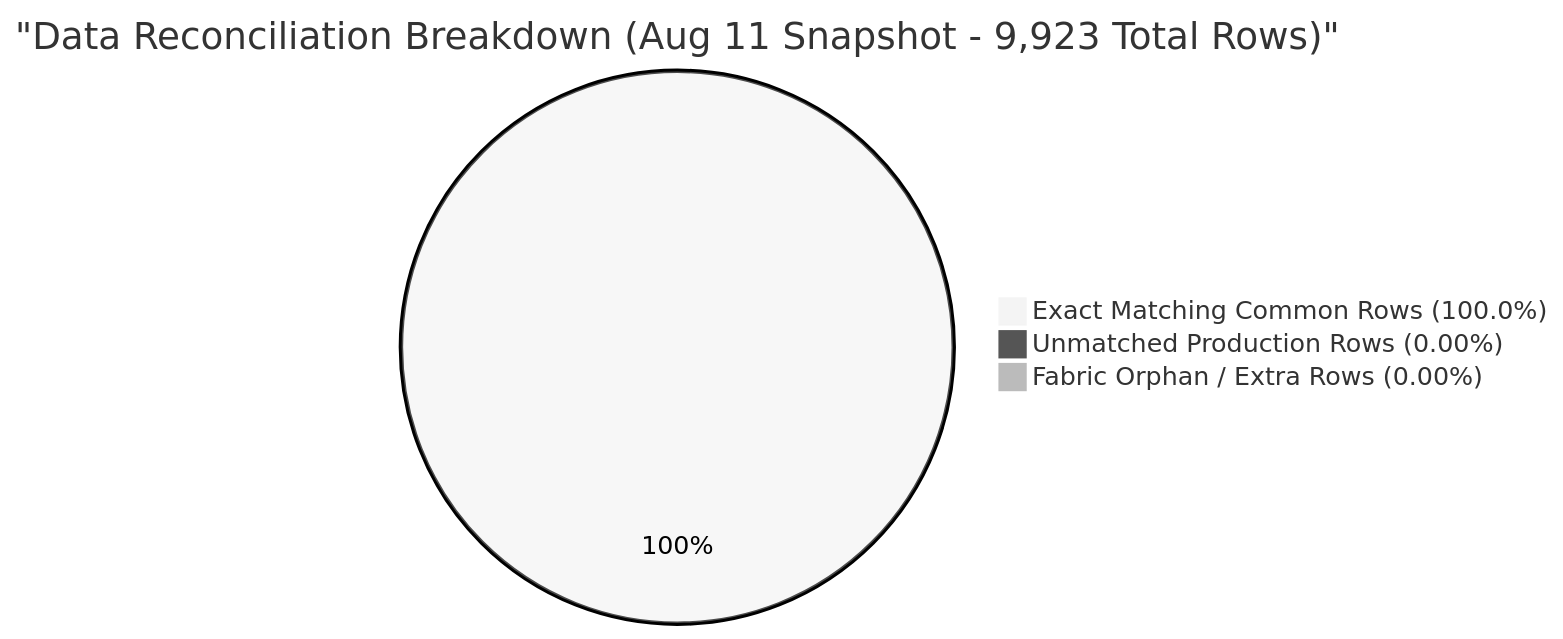
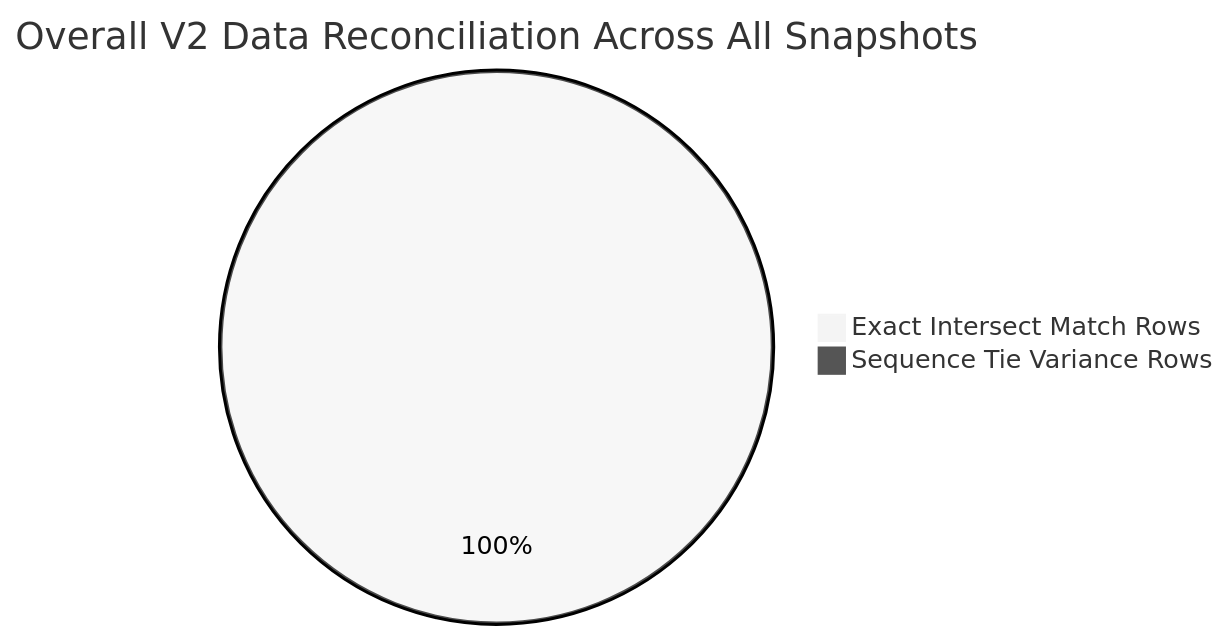
Before and after one commit to NeelmaniR-Useready/PolarDocs: the fourth of 4 diagrams in Reports/Final_Report.md, drawn with Mermaid (neutral theme). The commit also changed other lines of this file and 5 other files, not shown here.

Commit message:
Fix Mermaid chart syntax and pie chart rendering across all validation reports and Final_Report

````diff
--- a/Reports/Final_Report.md
+++ b/Reports/Final_Report.md
@@ -79,6 +95,5 @@
 ```mermaid
-pie title "Data Reconciliation Breakdown (Aug 11 Snapshot - 9,923 Total Rows)"
-    "Exact Matching Common Rows (100.0%)" : 9923
-    "Unmatched Production Rows (0.00%)" : 0
-    "Fabric Orphan / Extra Rows (0.00%)" : 0
+pie title Overall V2 Data Reconciliation Across All Snapshots
+    "Exact Intersect Match Rows" : 37609
+    "Sequence Tie Variance Rows" : 64
 ```
````
